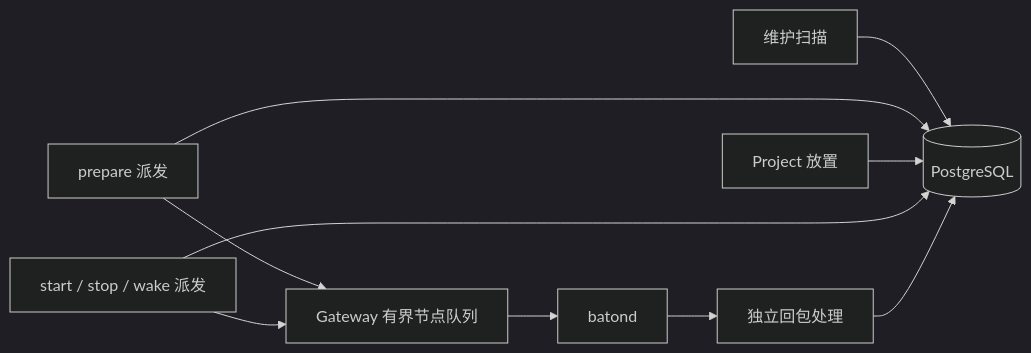
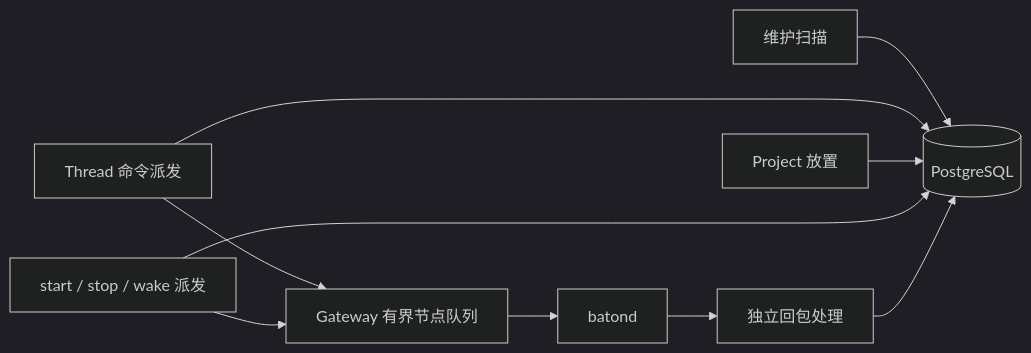
The diagram in specs/control-dispatch-reliability/TECH.md (hhubb22/baton), drawn with Mermaid (dark theme) before and after one commit. The commit also changed other lines of this file and 10 other files, not shown here.

````diff
--- a/specs/control-dispatch-reliability/TECH.md
+++ b/specs/control-dispatch-reliability/TECH.md
@@ -13,12 +13,12 @@
 ```mermaid
 flowchart LR
     T[维护扫描] --> DB[(PostgreSQL)]
-    P[prepare 派发] --> DB
+    P[Thread 命令派发] --> DB
     R[Project 放置] --> DB
     C[start / stop / wake 派发] --> DB
     P --> G[Gateway 有界节点队列]
     C --> G
     G --> N[batond]
     N --> H[独立回包处理]
     H --> DB
 ```
````
